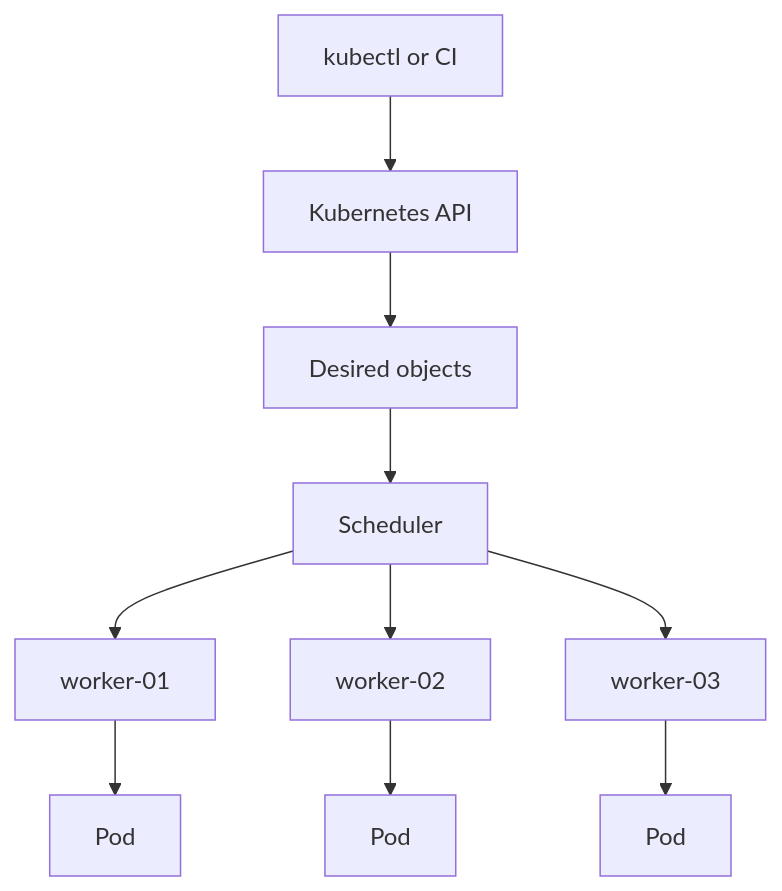
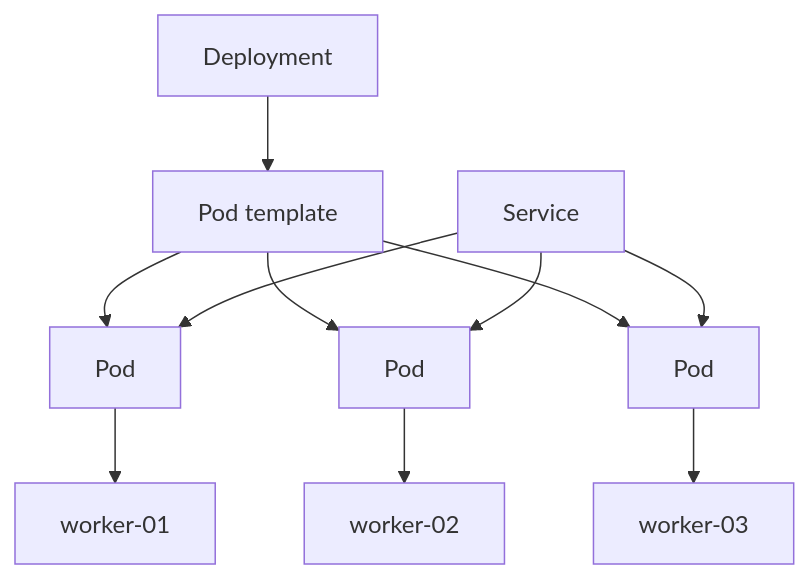
The first of 2 diagrams in containers-orchestration/kubernetes/fundamentals/cluster-mental-model.md (senlinyy/dev-roadmaps), drawn with Mermaid before and after one commit. The commit also changed other lines of this file and 418 other files, not shown here.

````diff
--- a/containers-orchestration/kubernetes/fundamentals/cluster-mental-model.md
+++ b/containers-orchestration/kubernetes/fundamentals/cluster-mental-model.md
@@ -28,12 +40,13 @@
 ```mermaid
 flowchart TD
-    A["kubectl or CI"] --> B["Kubernetes API"]
-    B --> C["Desired objects"]
-    C --> D["Scheduler"]
-    D --> E["worker-01"]
-    D --> F["worker-02"]
-    D --> G["worker-03"]
-    E --> H["Pod"]
-    F --> I["Pod"]
-    G --> J["Pod"]
+    A["Deployment"] --> B["Pod template"]
+    B --> C["Pod"]
+    B --> D["Pod"]
+    B --> E["Pod"]
+    C --> F["worker-01"]
+    D --> G["worker-02"]
+    E --> H["worker-03"]
+    I["Service"] --> C
+    I --> D
+    I --> E
 ```
````
